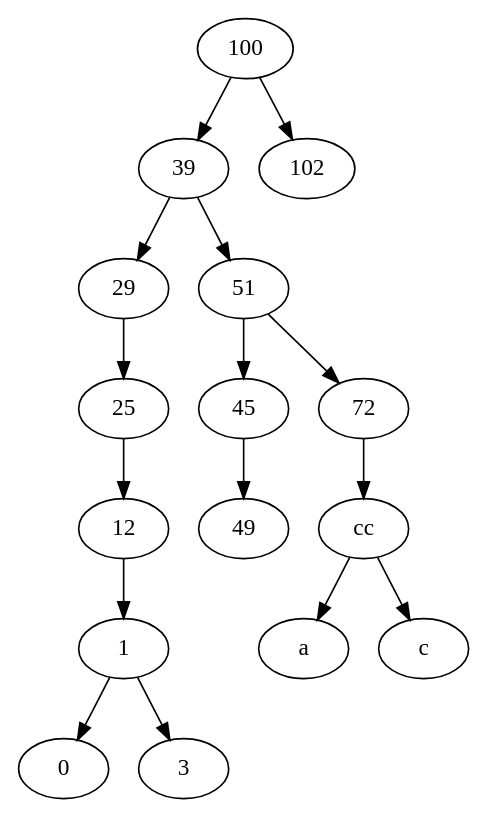
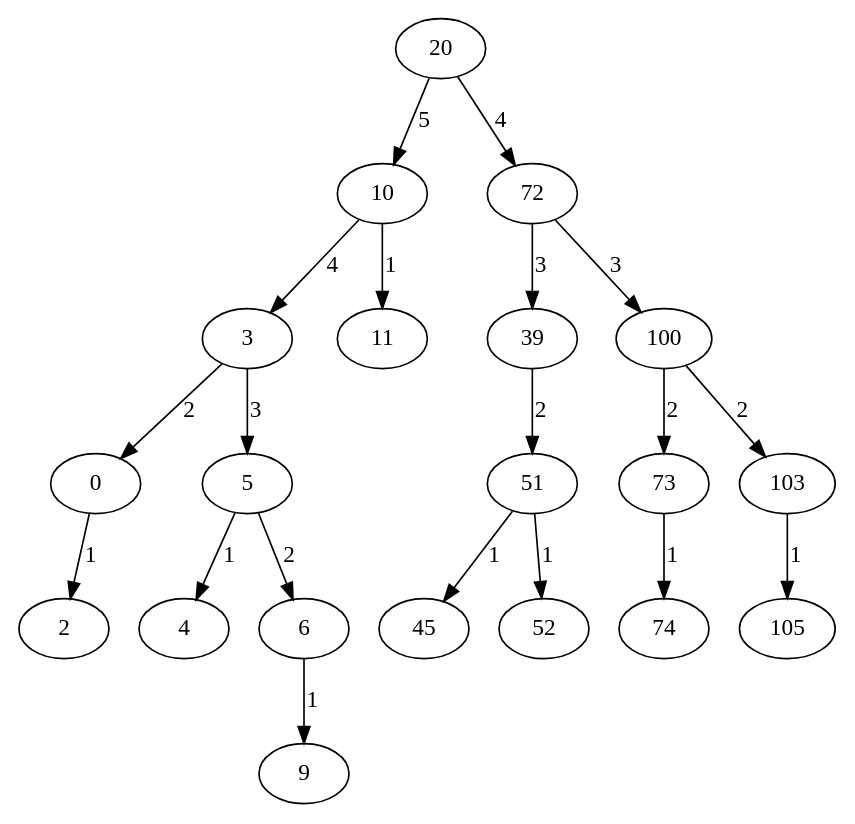
Before and after one commit to Yeferal/EstructuraDBGT: the diagram in grafica.dot, drawn with Graphviz. The commit also changed 46 other files, not shown here.

```diff
--- a/grafica.dot
+++ b/grafica.dot
@@ -1,17 +1,21 @@
 digraph G {
-100 ->39;
-39 ->29;
-29 ->25;
-25 ->12;
-12 ->1;
-1 ->0;
-1 ->3;
-39 ->51;
-51 ->45;
-45 ->49;
-51 ->72;
-72 ->cc;
-cc ->a;
-cc ->c;
-100 ->102;
+20 ->10 [label="5"];
+10 ->3 [label="4"];
+3 ->0 [label="2"];
+0 ->2 [label="1"];
+3 ->5 [label="3"];
+5 ->4 [label="1"];
+5 ->6 [label="2"];
+6 ->9 [label="1"];
+10 ->11 [label="1"];
+20 ->72 [label="4"];
+72 ->39 [label="3"];
+39 ->51 [label="2"];
+51 ->45 [label="1"];
+51 ->52 [label="1"];
+72 ->100 [label="3"];
+100 ->73 [label="2"];
+73 ->74 [label="1"];
+100 ->103 [label="2"];
+103 ->105 [label="1"];
 }
```
